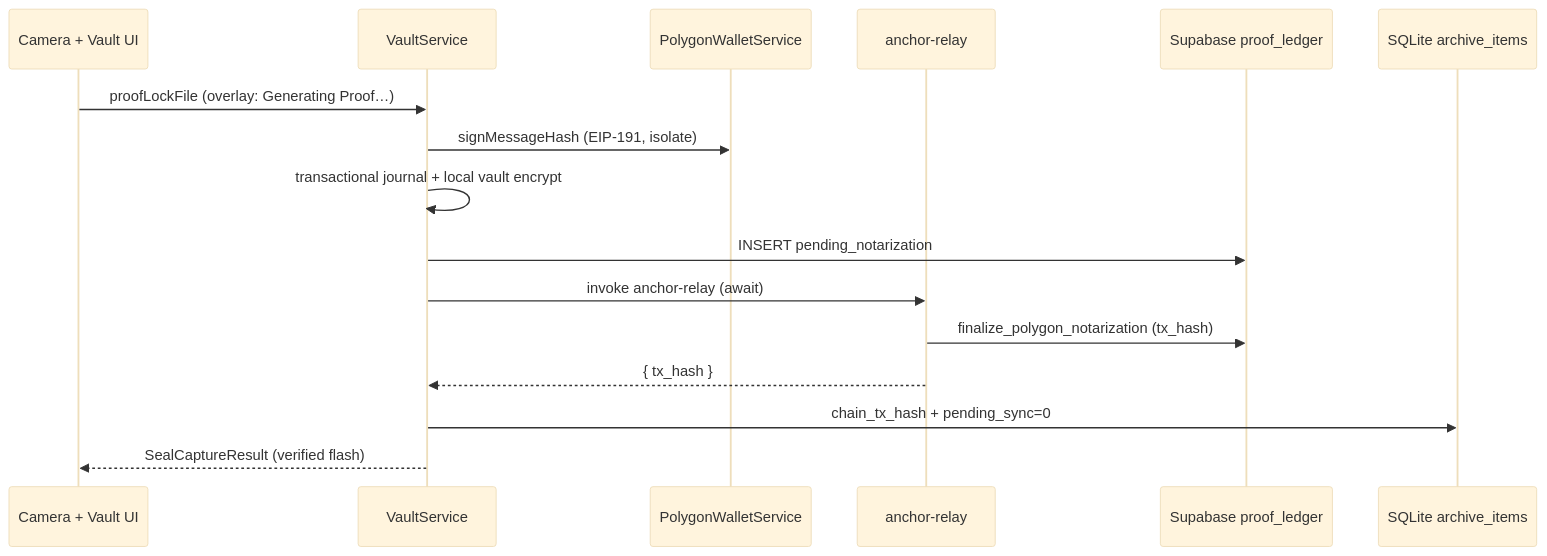
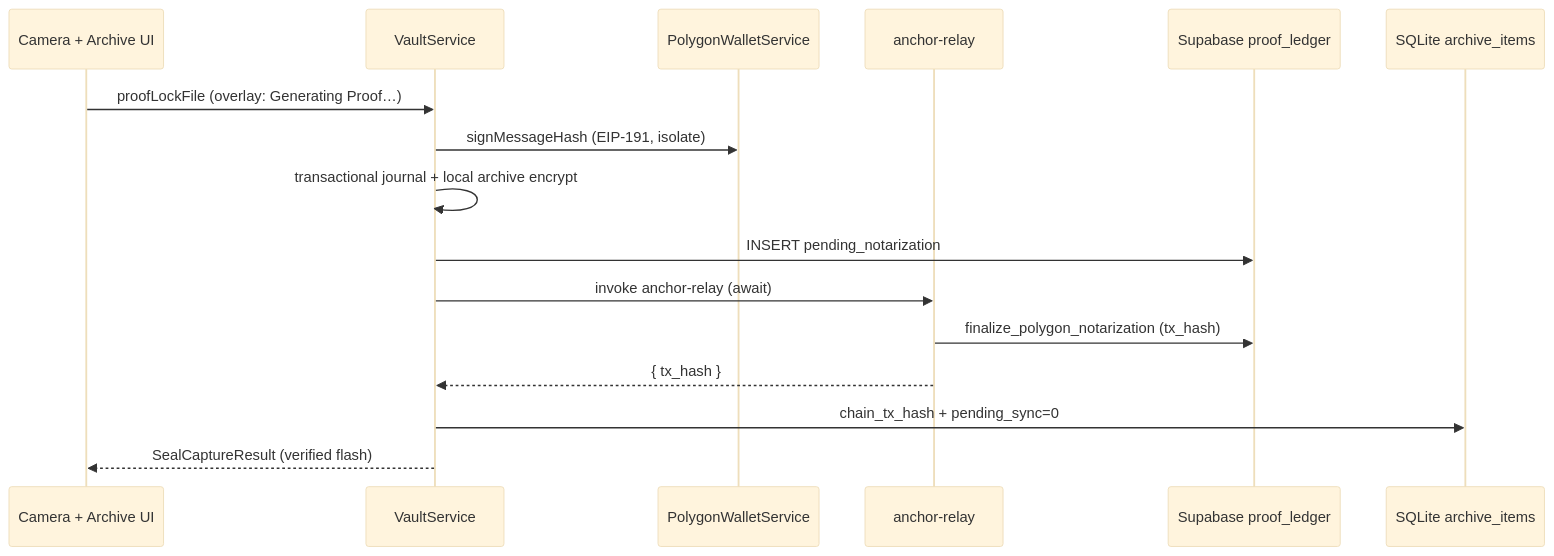
One commit to PensorCTO/SnapSeal changed the diagram in wiki/analyses/Polygon_Saga_Live.md. Above: the diagram before and after it, drawn with Mermaid (base theme). The commit also changed other lines of this file and 63 other files, not shown here.

````diff
--- a/wiki/analyses/Polygon_Saga_Live.md
+++ b/wiki/analyses/Polygon_Saga_Live.md
@@ -32,19 +32,19 @@
 ```mermaid
 sequenceDiagram
-    participant UI as Camera + Vault UI
+    participant UI as Camera + Archive UI
     participant VS as VaultService
     participant WS as PolygonWalletService
     participant ER as anchor-relay
     participant DB as Supabase proof_ledger
     participant SQL as SQLite archive_items
 
     UI->>VS: proofLockFile (overlay: Generating Proof…)
     VS->>WS: signMessageHash (EIP-191, isolate)
-    VS->>VS: transactional journal + local vault encrypt
+    VS->>VS: transactional journal + local archive encrypt
     VS->>DB: INSERT pending_notarization
     VS->>ER: invoke anchor-relay (await)
     ER->>DB: finalize_polygon_notarization (tx_hash)
     ER-->>VS: { tx_hash }
     VS->>SQL: chain_tx_hash + pending_sync=0
     VS-->>UI: SealCaptureResult (verified flash)
 ```
````
